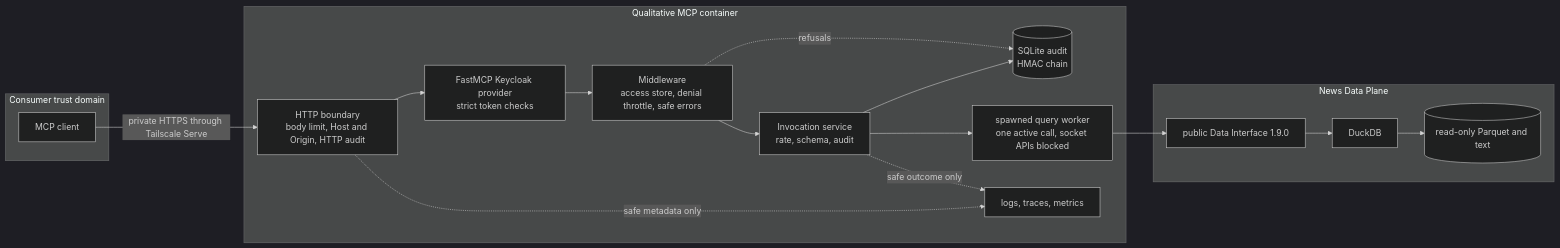
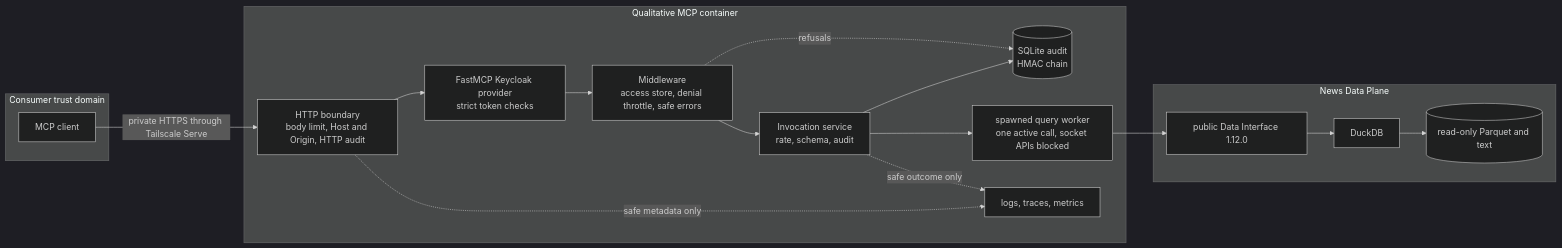
One commit to SiddarthaKoppaka/stram_qualitative_mcp changed the first of 4 diagrams in docs/explanation/architecture.md. Above: the diagram before and after it, drawn with Mermaid (dark theme). The commit also changed other lines of this file and 25 other files, not shown here.

````diff
--- a/docs/explanation/architecture.md
+++ b/docs/explanation/architecture.md
@@ -11,26 +11,26 @@
 ```mermaid
 flowchart LR
     subgraph consumer[Consumer trust domain]
         C[MCP client]
     end
     subgraph tool[Qualitative MCP container]
         H[HTTP boundary<br/>body limit, Host and Origin, HTTP audit]
         A[FastMCP Keycloak provider<br/>strict token checks]
         M[Middleware<br/>access store, denial throttle, safe errors]
         P[Invocation service<br/>rate, schema, audit]
         J[(SQLite audit<br/>HMAC chain)]
         W[spawned query worker<br/>one active call, socket APIs blocked]
         O[logs, traces, metrics]
     end
     subgraph data[News Data Plane]
-        I[public Data Interface 1.9.0]
+        I[public Data Interface 1.12.0]
         Q[DuckDB]
         L[(read-only Parquet and text)]
     end
     C -->|private HTTPS through Tailscale Serve| H --> A --> M --> P
     P --> J
     M -. refusals .-> J
     P --> W --> I --> Q --> L
     H -. safe metadata only .-> O
     P -. safe outcome only .-> O
 ```
````
